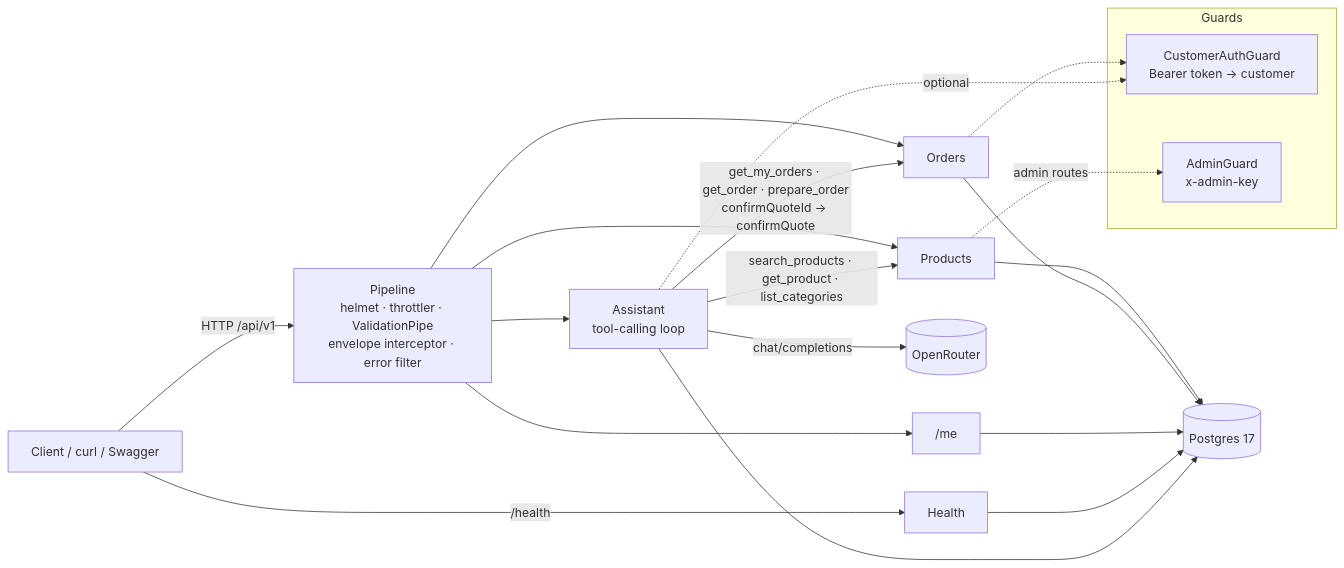
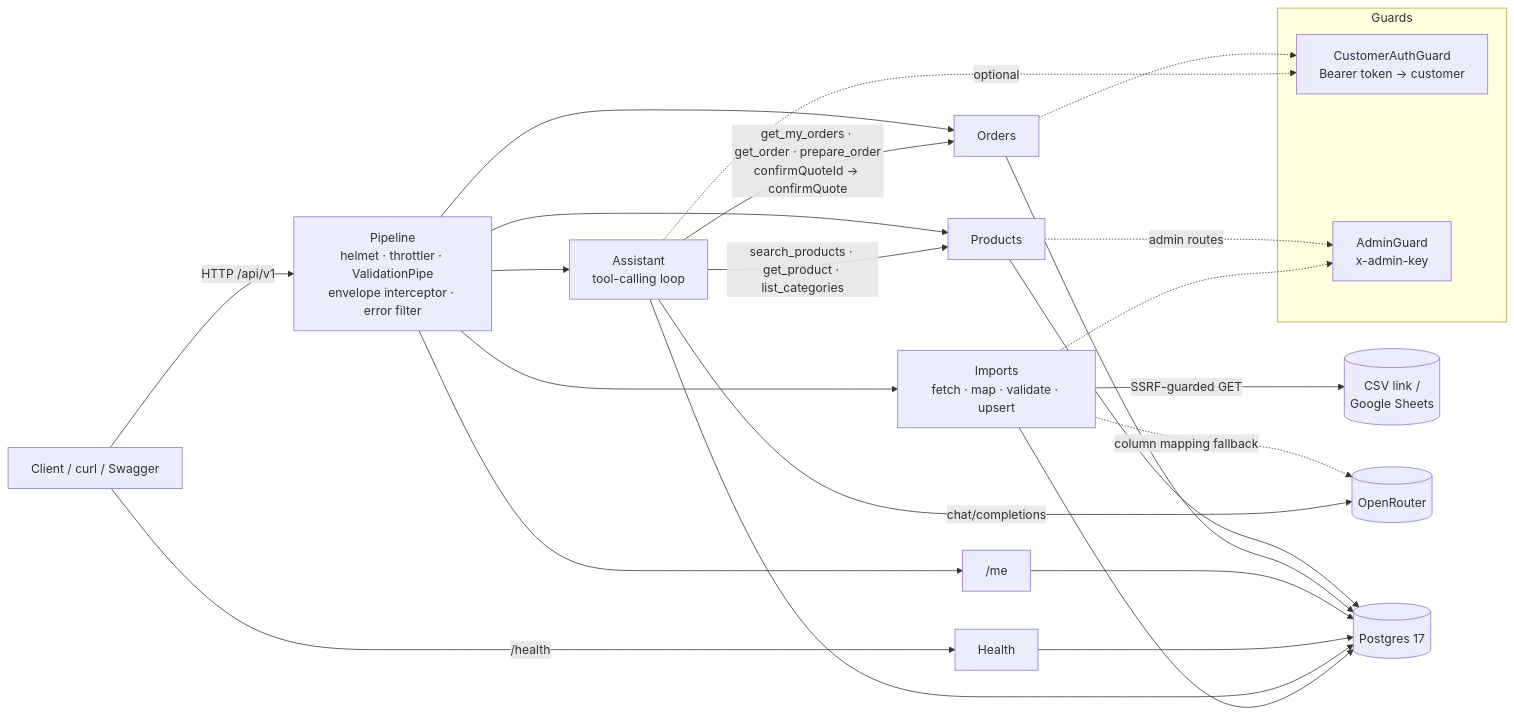
One commit to maheenur13/CommercePilot changed the diagram in README.md. Above: the diagram before and after it, drawn with Mermaid. The commit also changed other lines of this file and 30 other files, not shown here.

First line of the commit message:
feat(task-3): operator bulk product import from a CSV or Google Sheets link

````diff
--- a/README.md
+++ b/README.md
@@ -17,20 +17,24 @@
 ```mermaid
 flowchart LR
   C[Client / curl / Swagger] -->|HTTP /api/v1| PIPE["Pipeline<br/>helmet · throttler · ValidationPipe<br/>envelope interceptor · error filter"]
   PIPE --> P[Products]
   PIPE --> O[Orders]
   PIPE --> M["/me"]
   PIPE --> A["Assistant<br/>tool-calling loop"]
+  PIPE --> I["Imports<br/>fetch · map · validate · upsert"]
+  I -->|SSRF-guarded GET| SRC[(CSV link /<br/>Google Sheets)]
+  I -. column mapping fallback .-> LLM
   A -->|search_products · get_product · list_categories| P
   A -->|get_my_orders · get_order · prepare_order<br/>confirmQuoteId → confirmQuote| O
   A -->|chat/completions| LLM[(OpenRouter)]
   C -->|/health| H[Health]
-  P & O & M & H & A --> DB[(Postgres 17)]
+  P & O & M & H & A & I --> DB[(Postgres 17)]
   subgraph Guards
     CG[CustomerAuthGuard<br/>Bearer token → customer]
     AG[AdminGuard<br/>x-admin-key]
   end
   O -.-> CG
   A -. optional .-> CG
   P -. admin routes .-> AG
+  I -.-> AG
 ```
````
